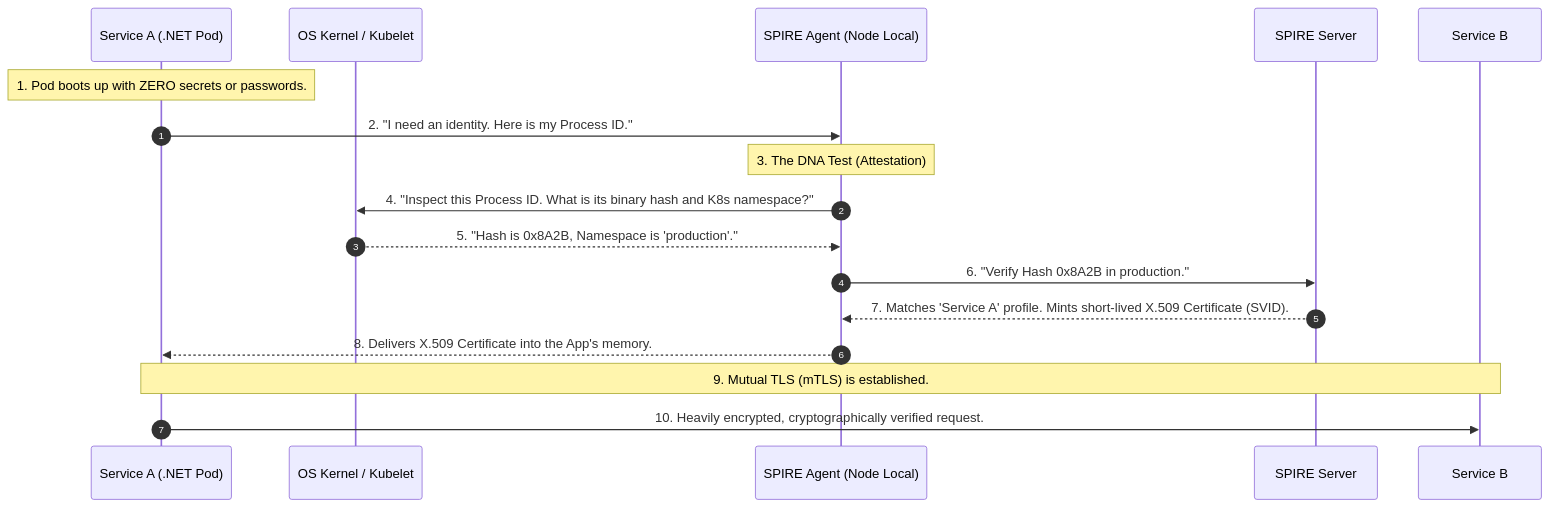
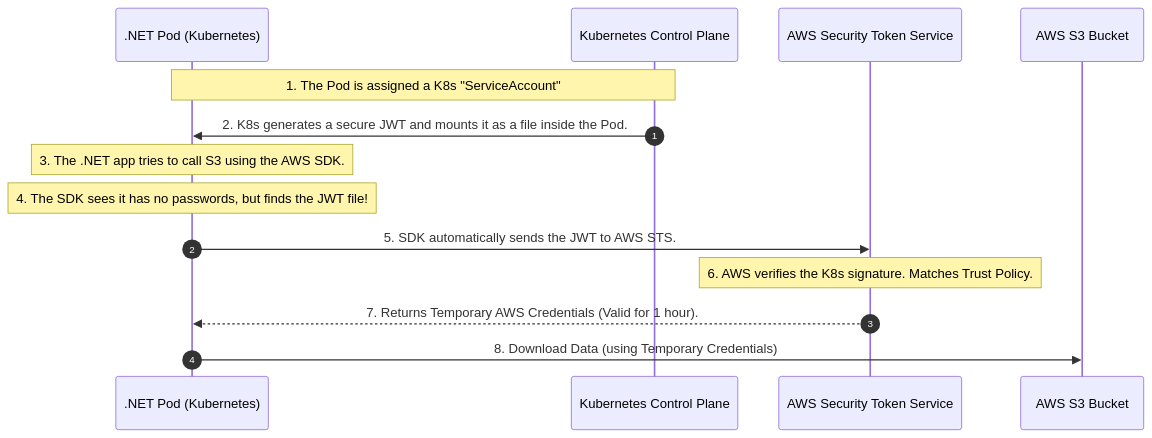
The second of 3 diagrams in Quiz/05_machine_to_machine_m2m_and_workload_identity.md (nirajp82/IdentityAccessManagement_IAM), drawn with Mermaid before and after one commit. The commit also changed other lines of this file, not shown here.

````diff
--- a/Quiz/05_machine_to_machine_m2m_and_workload_identity.md
+++ b/Quiz/05_machine_to_machine_m2m_and_workload_identity.md
@@ -101,25 +159,22 @@
 ```mermaid
 sequenceDiagram
     autonumber
-    participant App as Service A (.NET Pod)
-    participant Kernel as OS Kernel / Kubelet
-    participant Agent as SPIRE Agent (Node Local)
-    participant Server as SPIRE Server
-    participant ServiceB as Service B
+    participant Pod as .NET Pod (Kubernetes)
+    participant Kube as Kubernetes Control Plane
+    participant AWS_STS as AWS Security Token Service
+    participant S3 as AWS S3 Bucket
 
-    Note over App: 1. Pod boots up with ZERO secrets or passwords.
-    App->>Agent: 2. "I need an identity. Here is my Process ID."
+    Note over Pod,Kube: 1. The Pod is assigned a K8s "ServiceAccount"
+    Kube->>Pod: 2. K8s generates a secure JWT and mounts it as a file inside the Pod.
     
-    Note over Agent: 3. The DNA Test (Attestation)
-    Agent->>Kernel: 4. "Inspect this Process ID. What is its binary hash and K8s namespace?"
-    Kernel-->>Agent: 5. "Hash is 0x8A2B, Namespace is 'production'."
+    Note over Pod: 3. The .NET app tries to call S3 using the AWS SDK.
+    Note over Pod: 4. The SDK sees it has no passwords, but finds the JWT file!
     
-    Agent->>Server: 6. "Verify Hash 0x8A2B in production."
-    Server-->>Agent: 7. Matches 'Service A' profile. Mints short-lived X.509 Certificate (SVID).
+    Pod->>AWS_STS: 5. SDK automatically sends the JWT to AWS STS.
     
-    Agent-->>App: 8. Delivers X.509 Certificate into the App's memory.
+    Note over AWS_STS: 6. AWS verifies the K8s signature. Matches Trust Policy.
+    AWS_STS-->>Pod: 7. Returns Temporary AWS Credentials (Valid for 1 hour).
     
-    Note over App,ServiceB: 9. Mutual TLS (mTLS) is established.
-    App->>ServiceB: 10. Heavily encrypted, cryptographically verified request.
+    Pod->>S3: 8. Download Data (using Temporary Credentials)
 
 ```
````
